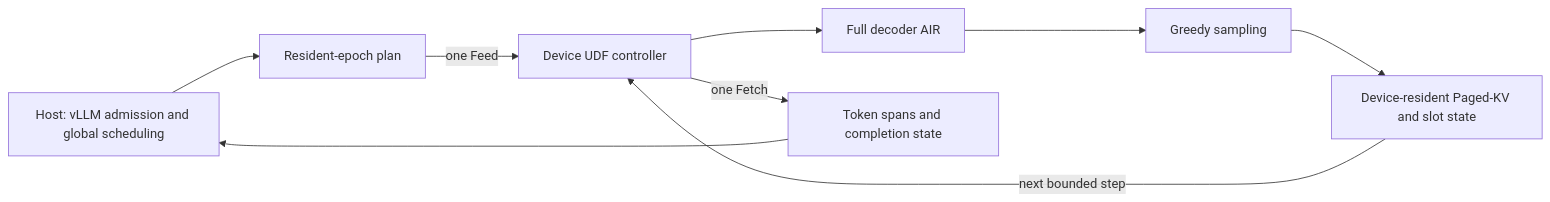
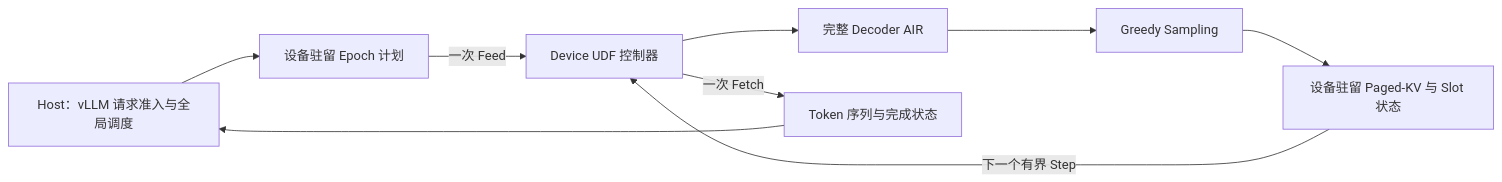
Before and after one commit to Li-changwu/Cruise: the diagram in README.md, drawn with Mermaid. The commit also changed other lines of this file and 1 other file, not shown here.

Commit message:
Add Chinese README and fix architecture diagram

````diff
--- a/README.md
+++ b/README.md
@@ -21,15 +21,19 @@
 ```mermaid
 flowchart LR
-    H["Host: vLLM admission and global scheduling"]
-    P["Resident-epoch plan"]
-    U["Device UDF controller"]
-    D["Full decoder AIR"]
-    S["Greedy sampling"]
-    K["Device-resident Paged-KV and slot state"]
-    R["Token spans and completion state"]
+    H["Host：vLLM 请求准入与全局调度"]
+    P["设备驻留 Epoch 计划"]
+    U["Device UDF 控制器"]
+    D["完整 Decoder AIR"]
+    S["Greedy Sampling"]
+    K["设备驻留 Paged-KV 与 Slot 状态"]
+    R["Token 序列与完成状态"]
 
-    H --> P -->|"one Feed"| U
-    U --> D --> S --> K
-    K -->|"next bounded step"| U
-    U -->|"one Fetch"| R --> H
+    H --> P
+    P -->|一次 Feed| U
+    U --> D
+    D --> S
+    S --> K
+    K -->|下一个有界 Step| U
+    U -->|一次 Fetch| R
+    R --> H
 ```
````
